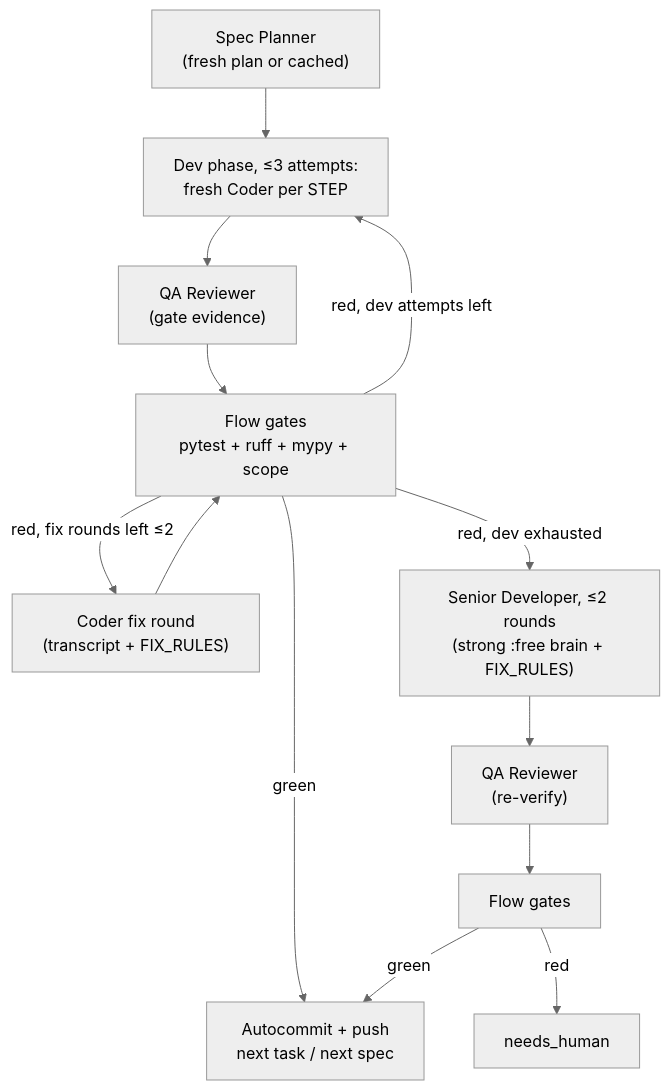
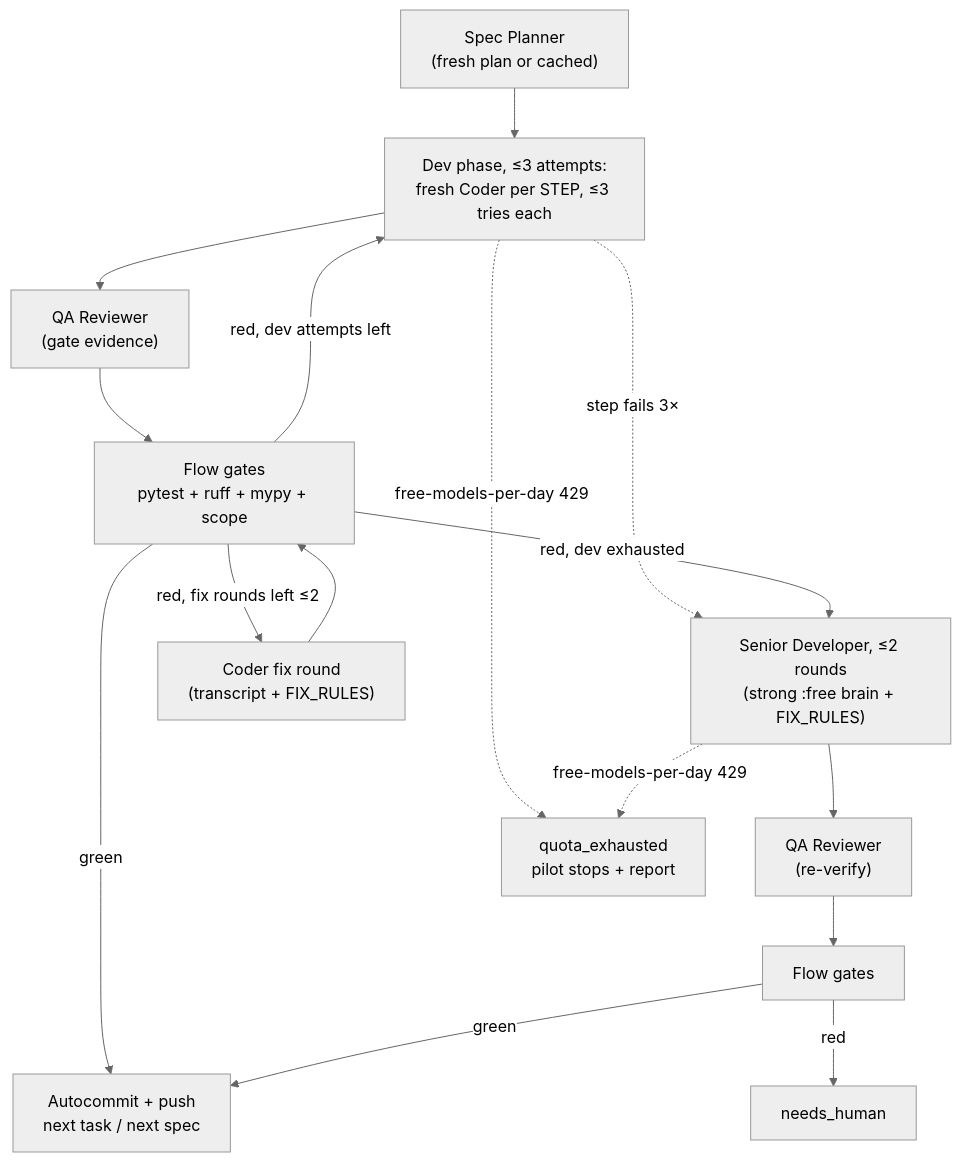
Before and after one commit to handleman/comfort-walking-router: the diagram in swarm/README.md, drawn with Mermaid (neutral theme). The commit also changed other lines of this file and 4 other files, not shown here.

Commit message:
swarm: inner step rescue by senior, quota-stop report

````diff
--- a/swarm/README.md
+++ b/swarm/README.md
@@ -94,15 +100,18 @@
 ```mermaid
 flowchart TB
-    P["Spec Planner<br/>(fresh plan or cached)"] --> STEPS["Dev phase, ≤3 attempts:<br/>fresh Coder per STEP"]
+    P["Spec Planner<br/>(fresh plan or cached)"] --> STEPS["Dev phase, ≤3 attempts:<br/>fresh Coder per STEP, ≤3 tries each"]
+    STEPS -.->|step fails 3×| SENIOR
     STEPS --> REV["QA Reviewer<br/>(gate evidence)"]
     REV --> GATES["Flow gates<br/>pytest + ruff + mypy + scope"]
     GATES -->|green| COMMIT["Autocommit + push<br/>next task / next spec"]
     GATES -->|red, fix rounds left ≤2| FIX["Coder fix round<br/>(transcript + FIX_RULES)"]
     FIX --> GATES
     GATES -->|red, dev attempts left| STEPS
     GATES -->|red, dev exhausted| SENIOR["Senior Developer, ≤2 rounds<br/>(strong :free brain + FIX_RULES)"]
     SENIOR --> REV2["QA Reviewer<br/>(re-verify)"]
     REV2 --> GATES2["Flow gates"]
     GATES2 -->|green| COMMIT
     GATES2 -->|red| HUMAN["needs_human"]
+    STEPS -.->|free-models-per-day 429| Q["quota_exhausted<br/>pilot stops + report"]
+    SENIOR -.->|free-models-per-day 429| Q
 ```
````
